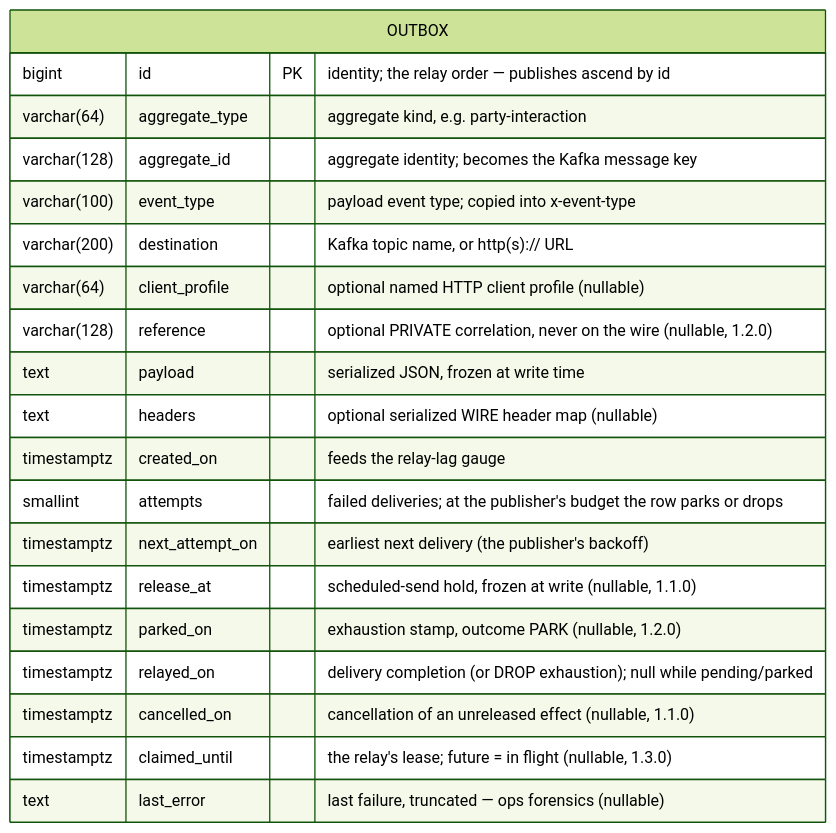
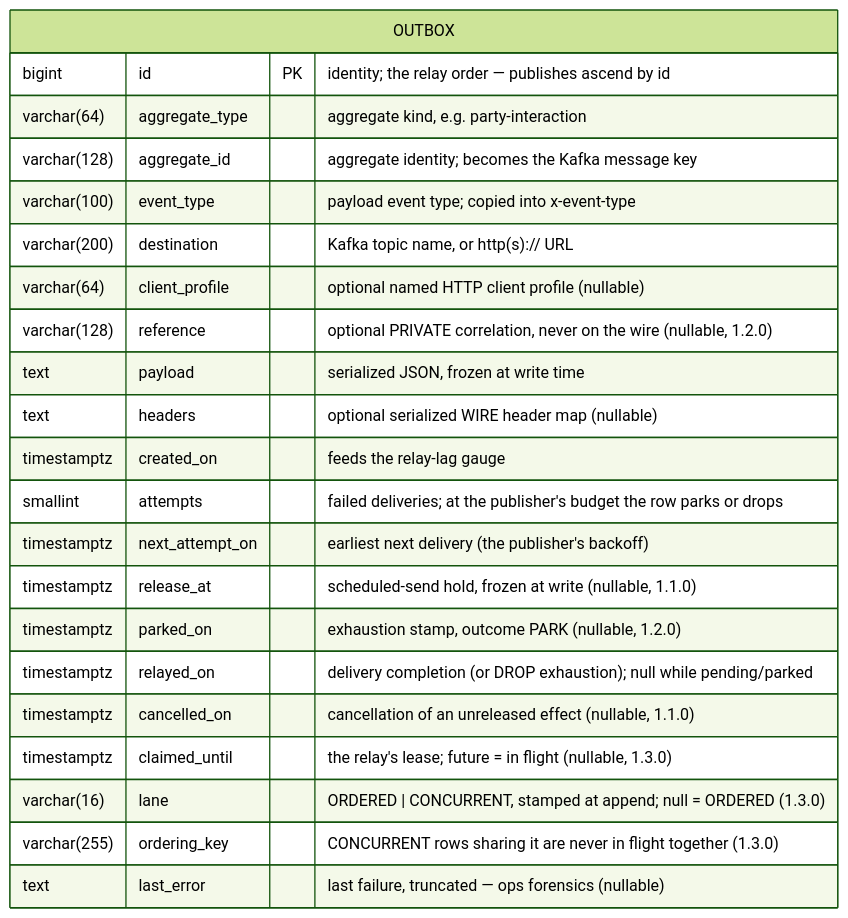
Before and after one commit to opentmf/opentmf-outbox-service: the first of 3 diagrams in README.md, drawn with Mermaid (forest theme). The commit also changed other lines of this file and 14 other files, not shown here.

First line of the commit message:
feat: stamp lane and ordering key at append; per-lane SKIP LOCKED claims

````diff
--- a/README.md
+++ b/README.md
@@ -28,23 +28,25 @@
 ```mermaid
 erDiagram
     OUTBOX {
         bigint      id              PK "identity; the relay order — publishes ascend by id"
         varchar(64) aggregate_type     "aggregate kind, e.g. party-interaction"
         varchar(128) aggregate_id      "aggregate identity; becomes the Kafka message key"
         varchar(100) event_type        "payload event type; copied into x-event-type"
         varchar(200) destination       "Kafka topic name, or http(s):// URL"
         varchar(64) client_profile     "optional named HTTP client profile (nullable)"
         varchar(128) reference         "optional PRIVATE correlation, never on the wire (nullable, 1.2.0)"
         text        payload            "serialized JSON, frozen at write time"
         text        headers            "optional serialized WIRE header map (nullable)"
         timestamptz created_on         "feeds the relay-lag gauge"
         smallint    attempts           "failed deliveries; at the publisher's budget the row parks or drops"
         timestamptz next_attempt_on    "earliest next delivery (the publisher's backoff)"
         timestamptz release_at         "scheduled-send hold, frozen at write (nullable, 1.1.0)"
         timestamptz parked_on          "exhaustion stamp, outcome PARK (nullable, 1.2.0)"
         timestamptz relayed_on         "delivery completion (or DROP exhaustion); null while pending/parked"
         timestamptz cancelled_on       "cancellation of an unreleased effect (nullable, 1.1.0)"
         timestamptz claimed_until      "the relay's lease; future = in flight (nullable, 1.3.0)"
+        varchar(16) lane               "ORDERED | CONCURRENT, stamped at append; null = ORDERED (1.3.0)"
+        varchar(255) ordering_key      "CONCURRENT rows sharing it are never in flight together (1.3.0)"
         text        last_error         "last failure, truncated — ops forensics (nullable)"
     }
 ```
````
